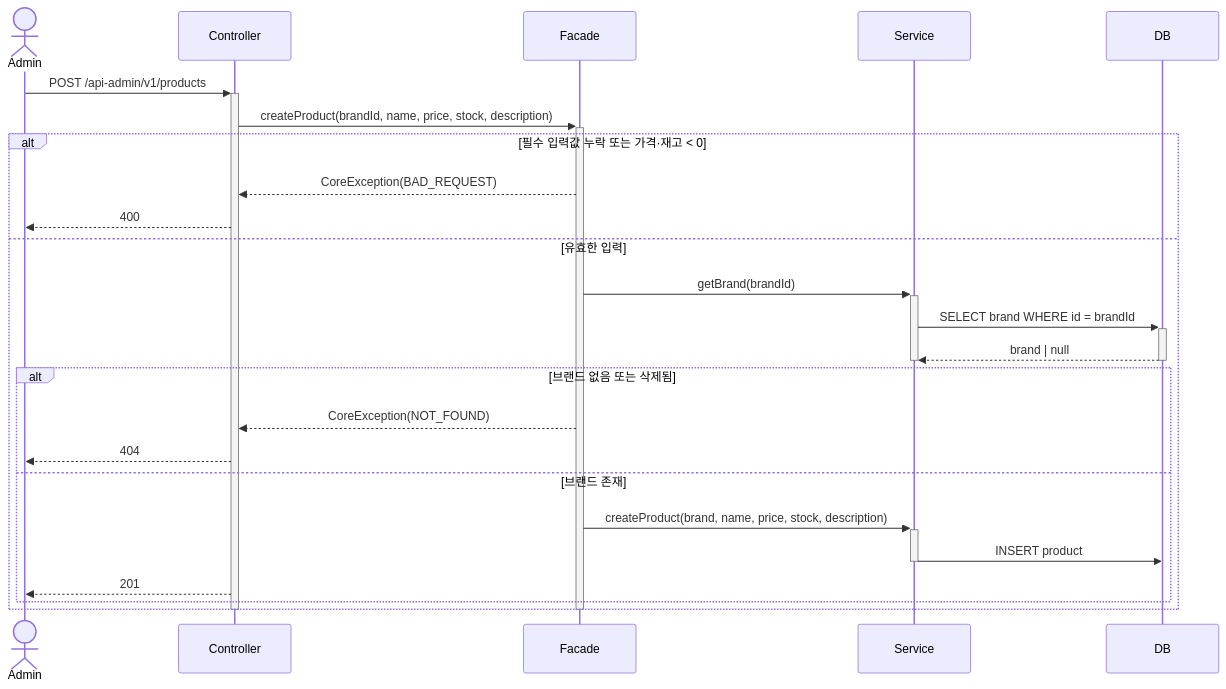
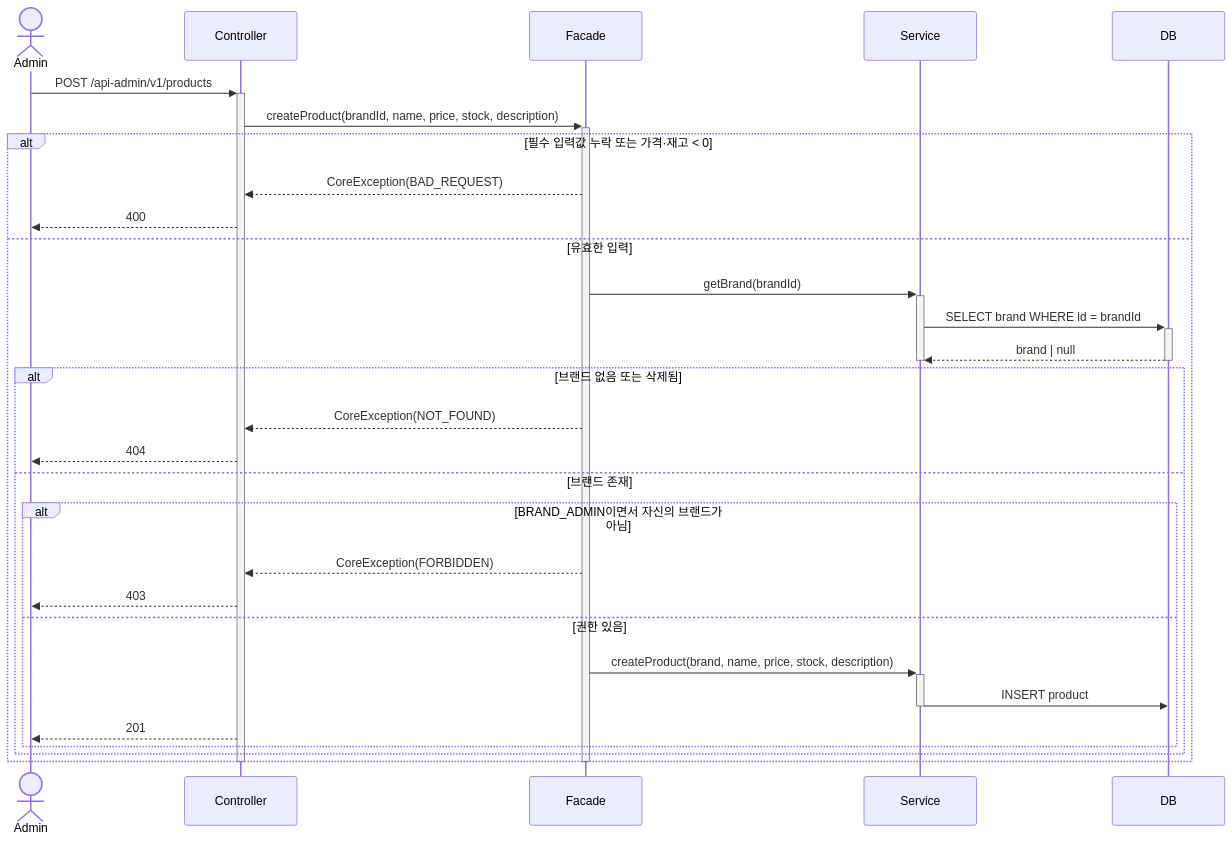
One commit to loopers-labs/loop-pack-be-l2-vol4-java changed diagram 15 of 21 in .docs/design/02-sequence-diagrams.md. Above: the diagram before and after it, drawn with Mermaid. The commit also changed other lines of this file and 3 other files, not shown here.

````diff
--- a/.docs/design/02-sequence-diagrams.md
+++ b/.docs/design/02-sequence-diagrams.md
@@ -445,33 +471,38 @@
 ```mermaid
 sequenceDiagram
     actor Admin
     participant Controller
     participant Facade
     participant Service
     participant DB
 
     Admin->>+Controller: POST /api-admin/v1/products
     Controller->>+Facade: createProduct(brandId, name, price, stock, description)
 
     alt 필수 입력값 누락 또는 가격·재고 < 0
         Facade-->>Controller: CoreException(BAD_REQUEST)
         Controller-->>Admin: 400
     else 유효한 입력
         Facade->>+Service: getBrand(brandId)
         Service->>+DB: SELECT brand WHERE id = brandId
         DB-->>-Service: brand | null
         deactivate Service
 
         alt 브랜드 없음 또는 삭제됨
             Facade-->>Controller: CoreException(NOT_FOUND)
             Controller-->>Admin: 404
         else 브랜드 존재
-            Facade->>+Service: createProduct(brand, name, price, stock, description)
-            Service->>DB: INSERT product
-            deactivate Service
-            Controller-->>Admin: 201
+            alt BRAND_ADMIN이면서 자신의 브랜드가 아님
+                Facade-->>Controller: CoreException(FORBIDDEN)
+                Controller-->>Admin: 403
+            else 권한 있음
+                Facade->>+Service: createProduct(brand, name, price, stock, description)
+                Service->>DB: INSERT product
+                deactivate Service
+                Controller-->>Admin: 201
+            end
         end
     end
     deactivate Facade
     deactivate Controller
 ```
````
